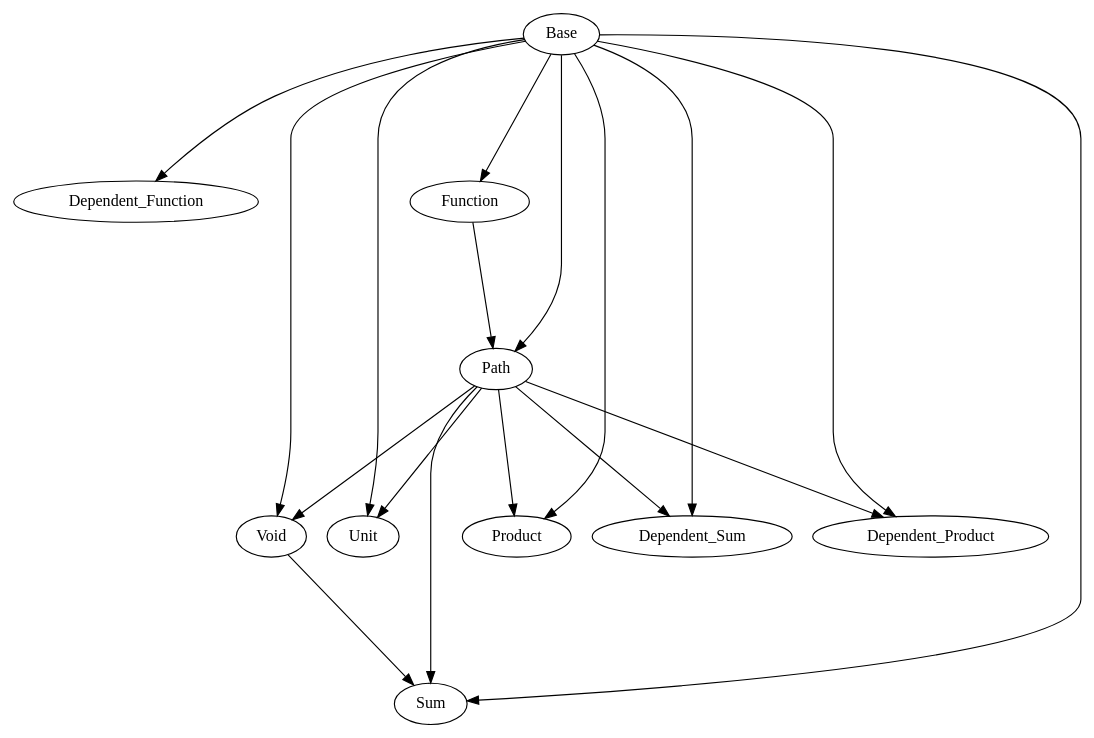
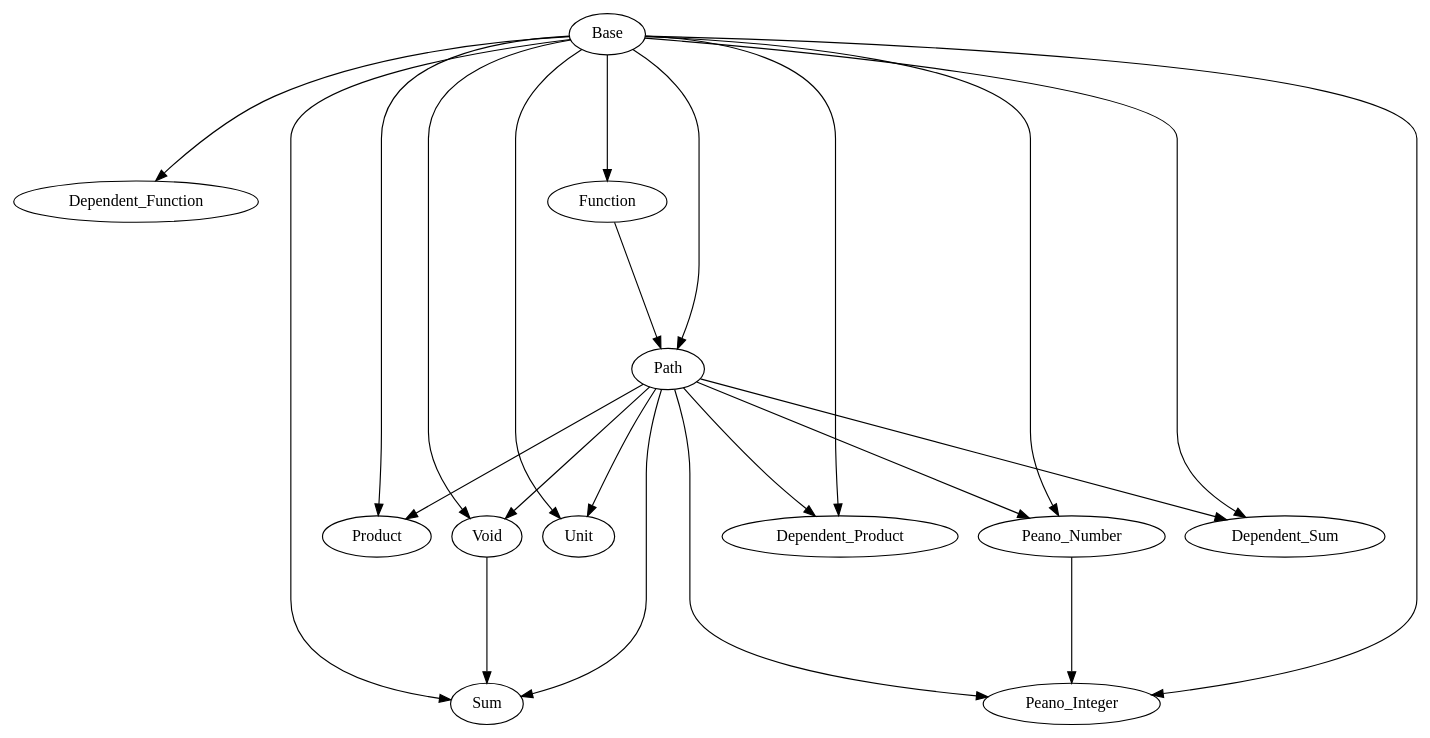
One commit to Hexirp/googology-in-coq changed the diagram in libraries/dependencies.gv. Above: the diagram before and after it, drawn with Graphviz. The commit also changed 3 other files, not shown here.

Commit message:
Add: Peano_Integer を

```diff
--- a/libraries/dependencies.gv
+++ b/libraries/dependencies.gv
@@ -1,40 +1,49 @@
 digraph Dependencies {
   edge [ minlen = 3 ];
 
   # Base
 
   # Dependent_Function
   "Base" -> "Dependent_Function";
 
   # Function
   "Base" -> "Function";
 
   # Path
   "Base" -> "Path";
   "Function" -> "Path";
 
   # Void
   "Base" -> "Void";
   "Path" -> "Void";
 
   # Unit
   "Base" -> "Unit";
   "Path" -> "Unit";
 
   # Sum
   "Base" -> "Sum";
   "Path" -> "Sum";
   "Void" -> "Sum";
 
   # Product
   "Base" -> "Product";
   "Path" -> "Product";
 
   # Dependent_Sum
   "Base" -> "Dependent_Sum";
   "Path" -> "Dependent_Sum";
 
   # Dependent_Product
   "Base" -> "Dependent_Product";
   "Path" -> "Dependent_Product";
+
+  # Peano_Number
+  "Base" -> "Peano_Number";
+  "Path" -> "Peano_Number";
+
+  # Peano_Integer
+  "Base" -> "Peano_Integer";
+  "Path" -> "Peano_Integer";
+  "Peano_Number" -> "Peano_Integer";
 }
```
